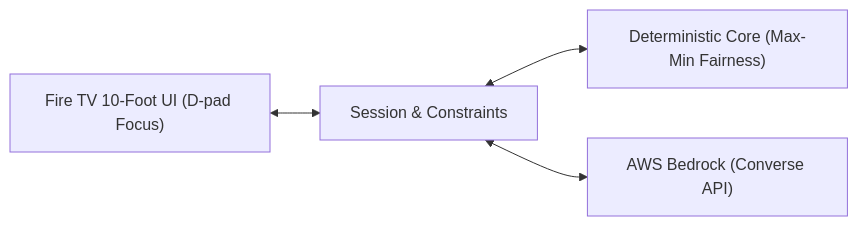
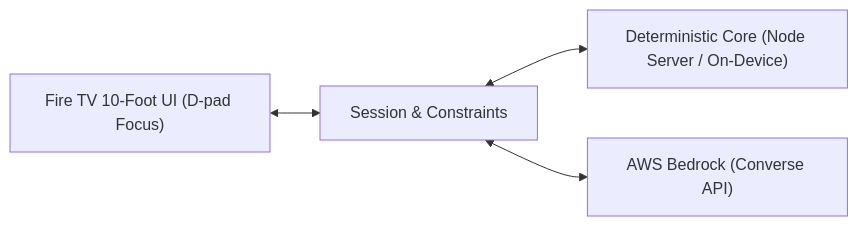
The diagram in README.md (shrutimishrads/OnePick), drawn with Mermaid before and after one commit. The commit also changed other lines of this file and 3 other files, not shown here.

Commit message:
docs: ground architecture, clarify voice input simulation, and update demo links

````diff
--- a/README.md
+++ b/README.md
@@ -21,6 +21,6 @@
 ```mermaid
 flowchart LR
     TV["Fire TV 10-Foot UI (D-pad Focus)"] <--> State["Session & Constraints"]
-    State <--> Engine["Deterministic Core (Max-Min Fairness)"]
+    State <--> Engine["Deterministic Core (Node Server / On-Device)"]
     State <--> Bedrock["AWS Bedrock (Converse API)"]
 ```
````
